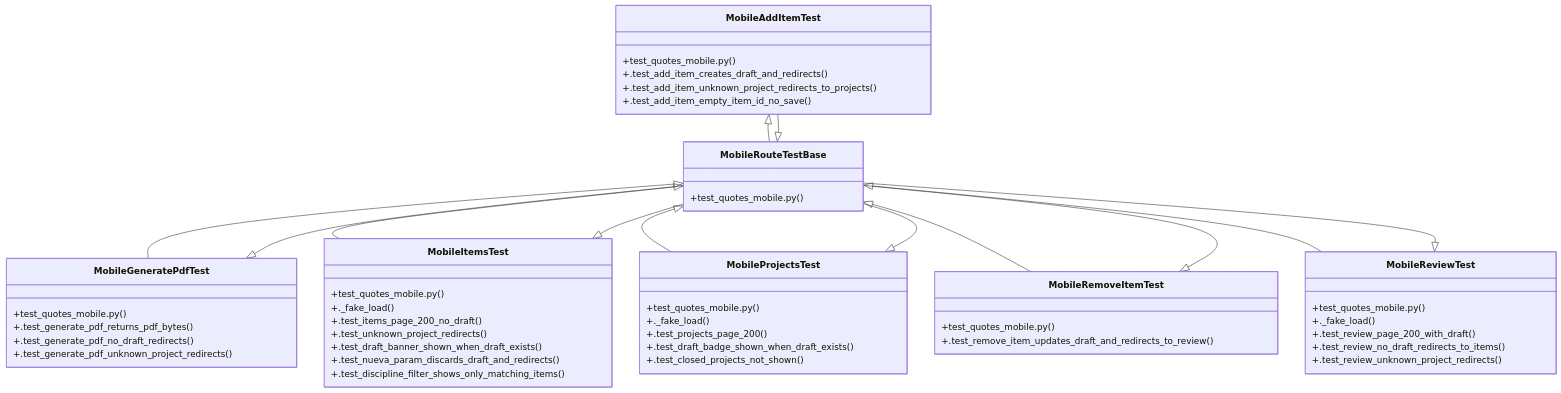
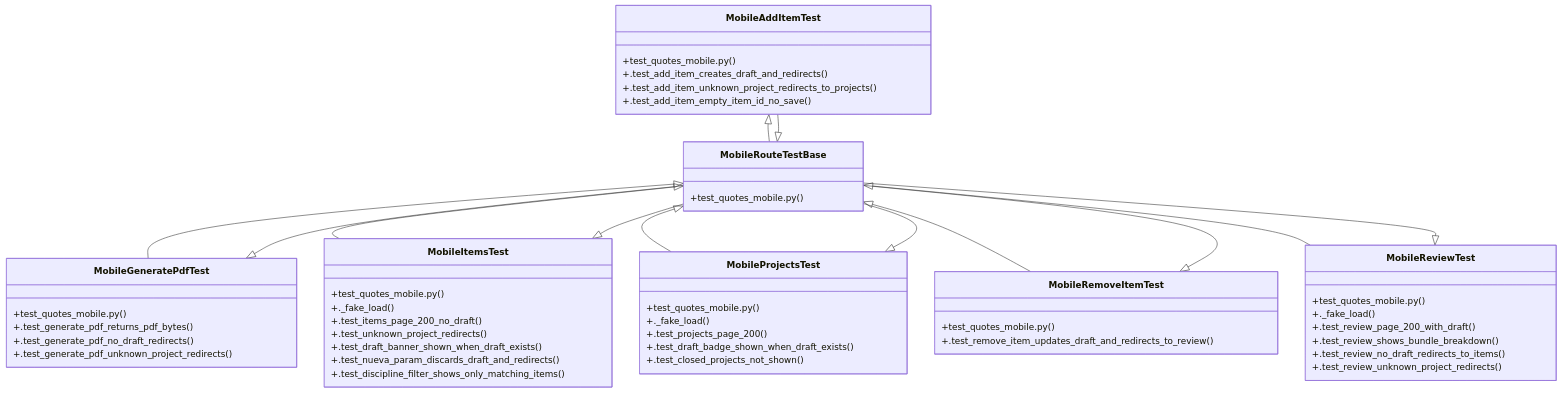
One commit to Daftrick/ProjectTracker changed the diagram in graphify-out/wiki/Community_12.md. Above: the diagram before and after it, drawn with Mermaid. The commit also changed other lines of this file and 373 other files, not shown here.

Commit message:
feat: multiple quote templates and bundle breakdown

````diff
--- a/graphify-out/wiki/Community_12.md
+++ b/graphify-out/wiki/Community_12.md
@@ -36,57 +36,58 @@
 ```mermaid
 classDiagram
     class MobileAddItemTest {
         +test_quotes_mobile.py()
         +.test_add_item_creates_draft_and_redirects()
         +.test_add_item_unknown_project_redirects_to_projects()
         +.test_add_item_empty_item_id_no_save()
     }
     class MobileGeneratePdfTest {
         +test_quotes_mobile.py()
         +.test_generate_pdf_returns_pdf_bytes()
         +.test_generate_pdf_no_draft_redirects()
         +.test_generate_pdf_unknown_project_redirects()
     }
     class MobileItemsTest {
         +test_quotes_mobile.py()
         +._fake_load()
         +.test_items_page_200_no_draft()
         +.test_unknown_project_redirects()
         +.test_draft_banner_shown_when_draft_exists()
         +.test_nueva_param_discards_draft_and_redirects()
         +.test_discipline_filter_shows_only_matching_items()
     }
     class MobileProjectsTest {
         +test_quotes_mobile.py()
         +._fake_load()
         +.test_projects_page_200()
         +.test_draft_badge_shown_when_draft_exists()
         +.test_closed_projects_not_shown()
     }
     class MobileRemoveItemTest {
         +test_quotes_mobile.py()
         +.test_remove_item_updates_draft_and_redirects_to_review()
     }
     class MobileReviewTest {
         +test_quotes_mobile.py()
         +._fake_load()
         +.test_review_page_200_with_draft()
+        +.test_review_shows_bundle_breakdown()
         +.test_review_no_draft_redirects_to_items()
         +.test_review_unknown_project_redirects()
     }
     class MobileRouteTestBase {
         +test_quotes_mobile.py()
     }
     MobileRouteTestBase <|-- MobileAddItemTest
     MobileRouteTestBase <|-- MobileGeneratePdfTest
     MobileRouteTestBase <|-- MobileItemsTest
     MobileRouteTestBase <|-- MobileProjectsTest
     MobileRouteTestBase <|-- MobileRemoveItemTest
     MobileRouteTestBase <|-- MobileReviewTest
     MobileProjectsTest <|-- MobileRouteTestBase
     MobileItemsTest <|-- MobileRouteTestBase
     MobileAddItemTest <|-- MobileRouteTestBase
     MobileRemoveItemTest <|-- MobileRouteTestBase
     MobileReviewTest <|-- MobileRouteTestBase
     MobileGeneratePdfTest <|-- MobileRouteTestBase
 ```
````
